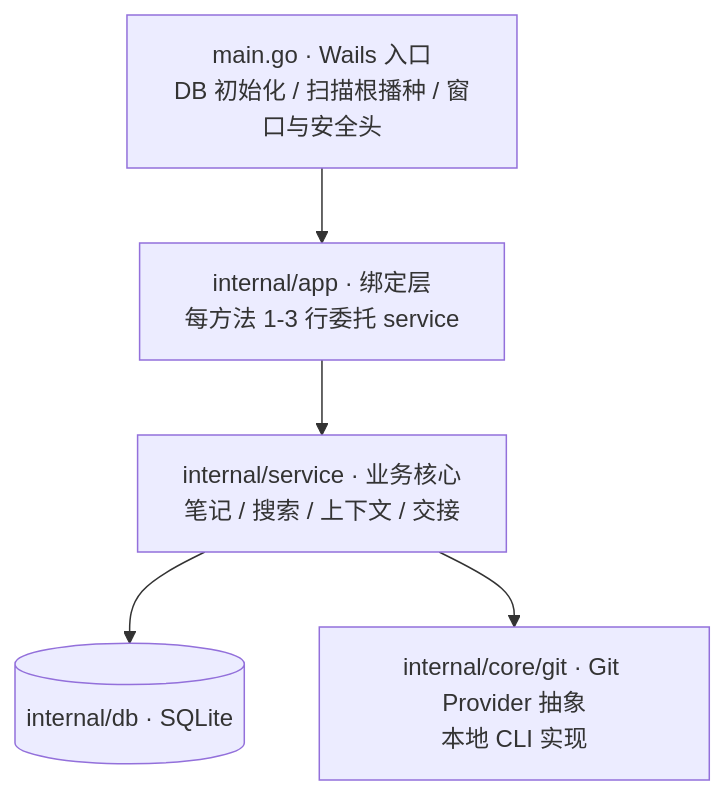
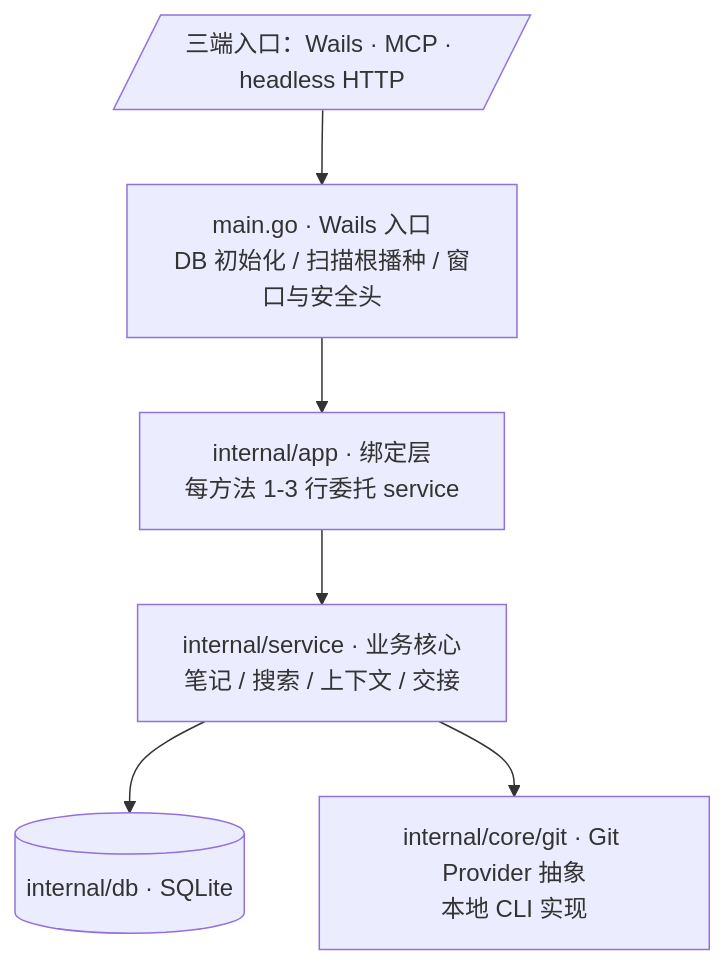
One commit to sky-jiangcheng/RepoNest changed the first of 4 diagrams in docs/architecture.md. Above: the diagram before and after it, drawn with Mermaid. The commit also changed other lines of this file and 35 other files, not shown here.

First line of the commit message:
docs: 图文搭配体系化（8→16 张图）+ 修复 mermaid flowchart 被压成线

````diff
--- a/docs/architecture.md
+++ b/docs/architecture.md
@@ -16,11 +16,12 @@
 ```mermaid
 flowchart TB
+    ENTRY[/"三端入口：Wails · MCP · headless HTTP"/]
     MAIN[main.go · Wails 入口<br/>DB 初始化 / 扫描根播种 / 窗口与安全头]
     APP[internal/app · 绑定层<br/>每方法 1-3 行委托 service]
     SVC[internal/service · 业务核心<br/>笔记 / 搜索 / 上下文 / 交接]
     DB[(internal/db · SQLite)]
     GIT[internal/core/git · Git Provider 抽象<br/>本地 CLI 实现]
-    MAIN --> APP --> SVC
+    ENTRY --> MAIN --> APP --> SVC
     SVC --> DB
     SVC --> GIT
 ```
````
